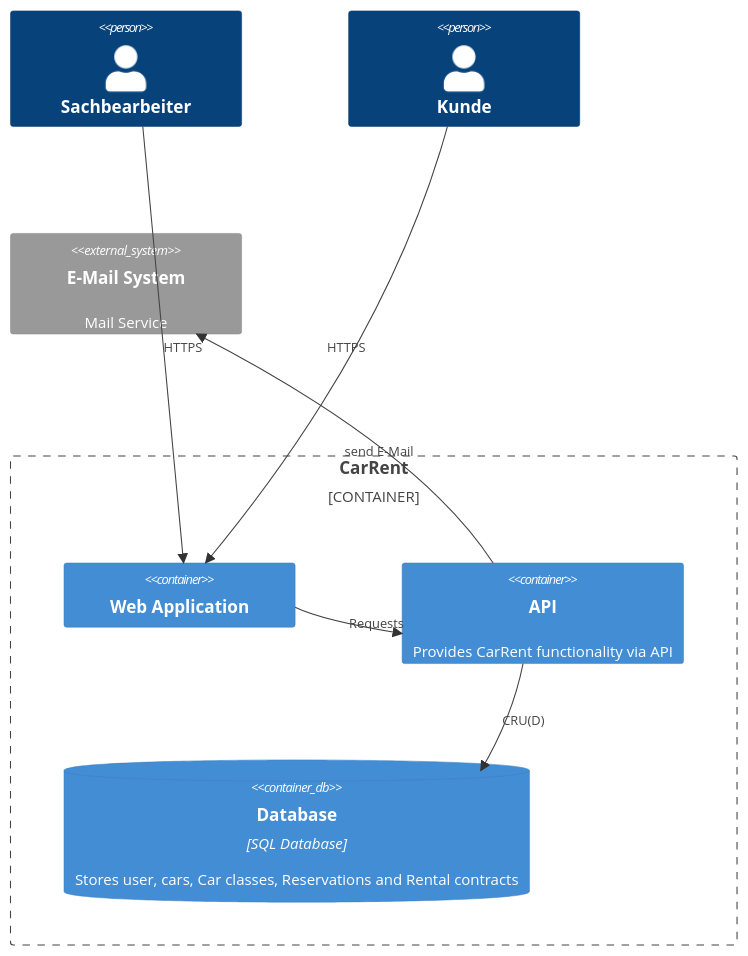
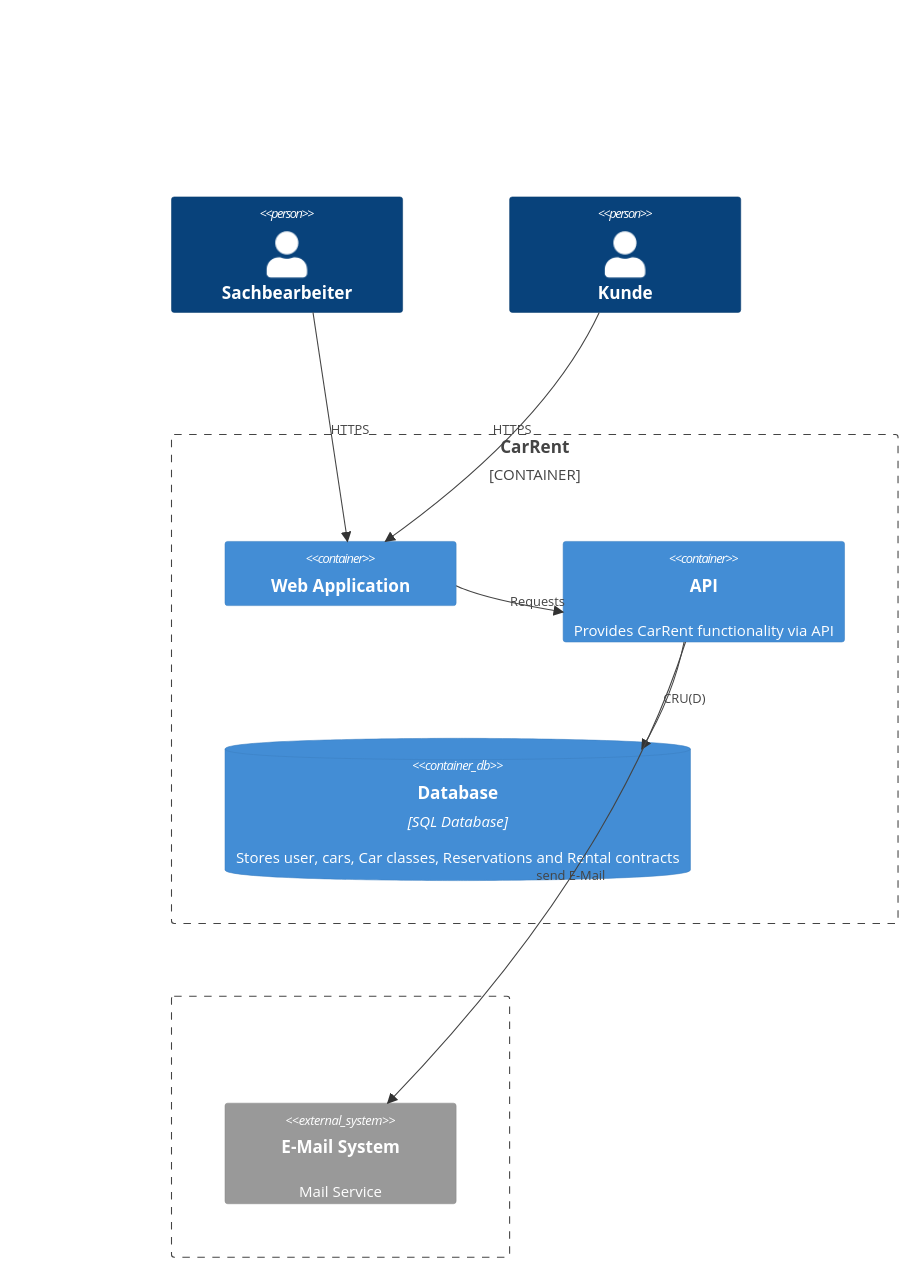
One commit to tsolenthaler/zbw-sad-carrent2124 changed the second of 2 diagrams in README.md. Above: the diagram before and after it, drawn with Mermaid.

Commit message:
fix Layout containers

````diff
--- a/README.md
+++ b/README.md
@@ -27,20 +27,23 @@
 ```mermaid
 C4Container
     Person(Sachbearbeiter, "Sachbearbeiter")
     Person(Kunde, "Kunde")
 
     Container_Boundary(CarRent, "CarRent", "") {
         Container(webapp, "Web Application", "", "")
         Container(api, "API", "", "Provides CarRent functionality via API")
         ContainerDb(database, "Database", "SQL Database", "Stores user, cars, Car classes, Reservations and Rental contracts")
     }
 
-    System_Ext(MailSystem, "E-Mail System", "Mail Service")
+    Boundary(b2, "", "") {
+        System_Ext(MailSystem, "E-Mail System", "Mail Service")
+    }
 
     Rel(Sachbearbeiter, webapp, "HTTPS")
     Rel(Kunde, webapp, "HTTPS")
     Rel(webapp, api, "Requests")
     Rel(api, database, "CRU(D)")
     Rel(api, MailSystem, "send E-Mail")
 
+    UpdateLayoutConfig($c4ShapeInRow="3", $c4BoundaryInRow="1")
 ```
````
